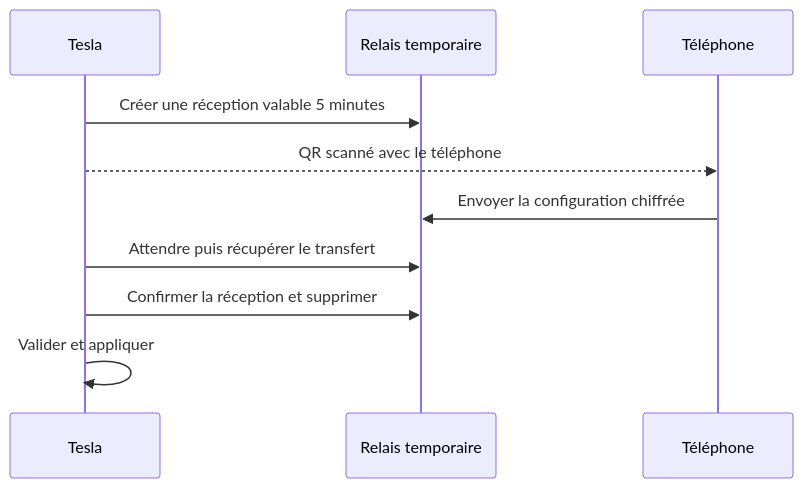
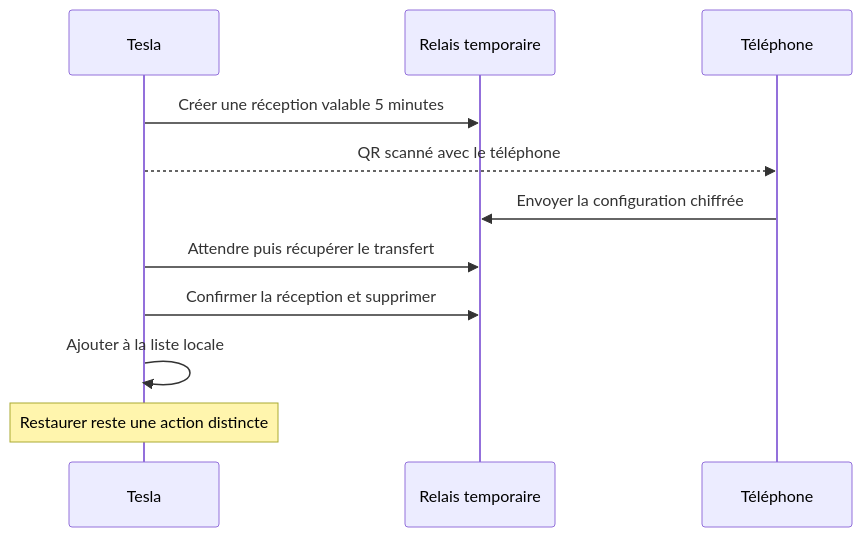
One commit to drslid/EvPortal changed the diagram in docs/APPAIRAGE-TELEPHONE-TESLA.md. Above: the diagram before and after it, drawn with Mermaid. The commit also changed other lines of this file and 75 other files, not shown here.

````diff
--- a/docs/APPAIRAGE-TELEPHONE-TESLA.md
+++ b/docs/APPAIRAGE-TELEPHONE-TESLA.md
@@ -22,12 +27,13 @@
 ```mermaid
 sequenceDiagram
     participant T as Tesla
     participant R as Relais temporaire
     participant P as Téléphone
     T->>R: Créer une réception valable 5 minutes
     T-->>P: QR scanné avec le téléphone
     P->>R: Envoyer la configuration chiffrée
     T->>R: Attendre puis récupérer le transfert
     T->>R: Confirmer la réception et supprimer
-    T->>T: Valider et appliquer
+    T->>T: Ajouter à la liste locale
+    Note over T: Restaurer reste une action distincte
 ```
````
